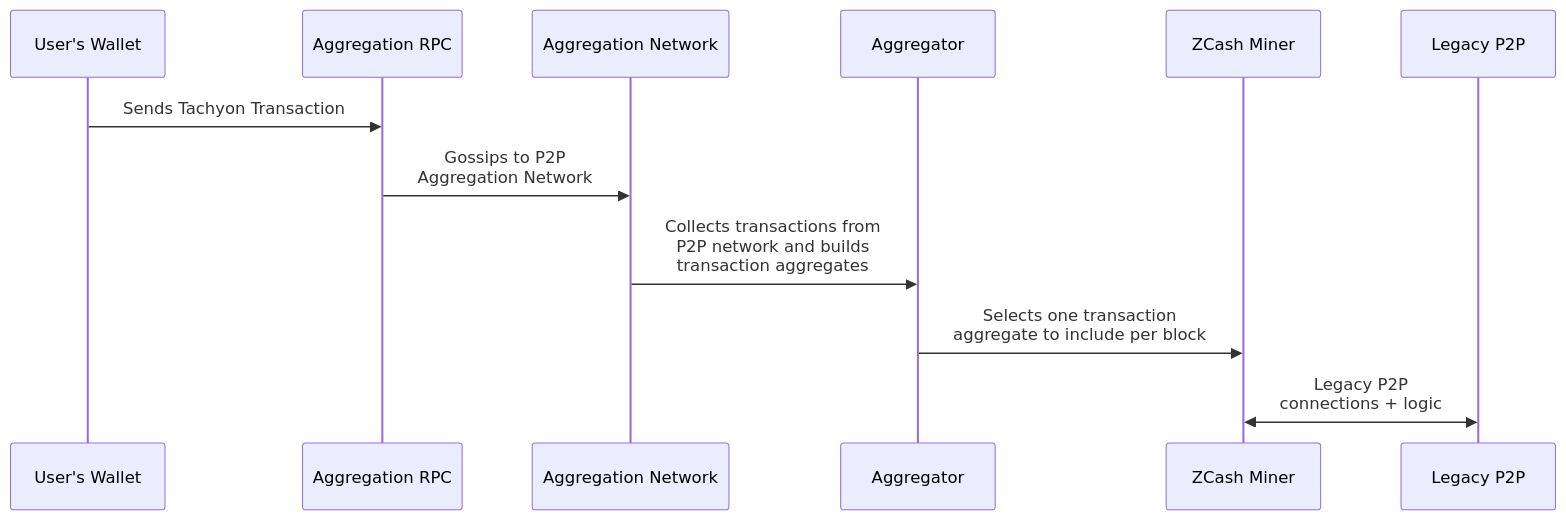
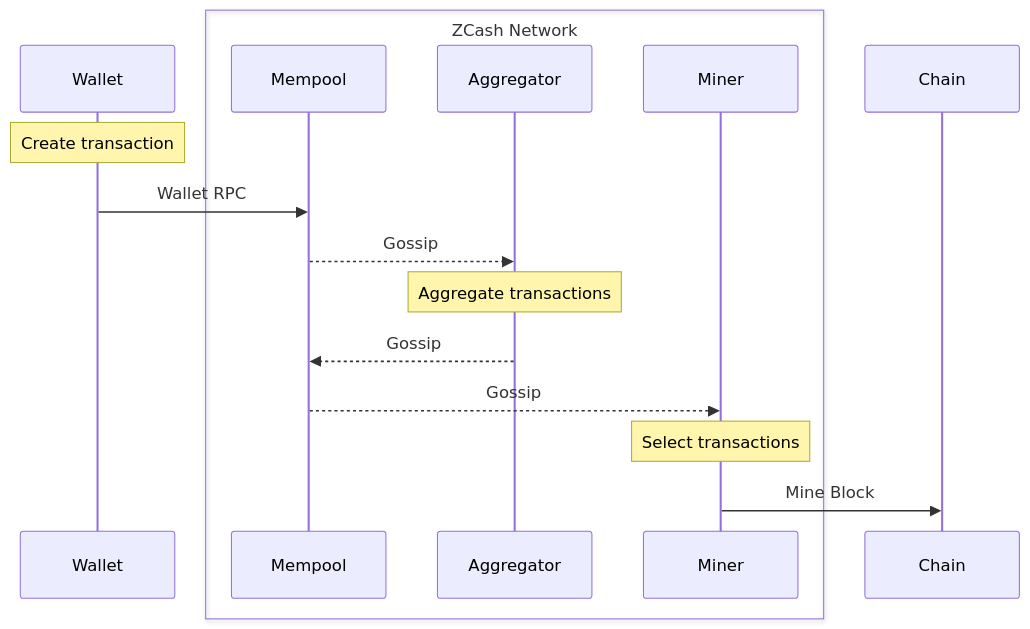
One commit to tachyon-zcash/tachyon changed the second of 2 diagrams in book/src/network_roles/overview.md. Above: the diagram before and after it, drawn with Mermaid. The commit also changed other lines of this file, not shown here.

Commit message:
iterate graph design (#15)

````diff
--- a/book/src/network_roles/overview.md
+++ b/book/src/network_roles/overview.md
@@ -19,15 +23,19 @@
 ```mermaid
 sequenceDiagram
-    participant Wallet as User's Wallet
-    participant RPC as Aggregation RPC
-    participant Network as Aggregation Network
-    participant Aggregator
-    participant Miner as ZCash Miner
-    participant Legacy as Legacy P2P
+    participant Wallet
+    box ZCash Network
+        participant Mempool
+        participant Aggregator
+        participant Miner
+    end
+    participant Chain
 
-    Wallet->>RPC: Sends Tachyon Transaction
-    RPC->>Network: Gossips to P2P<br/>Aggregation Network
-    Network->>Aggregator: Collects transactions from<br/>P2P network and builds<br/>transaction aggregates
-    Aggregator->>Miner: Selects one transaction<br/>aggregate to include per block
-    Miner<<->>Legacy: Legacy P2P<br/>connections + logic
+    note over Wallet: Create transaction
+    Wallet ->> Mempool: Wallet RPC
+    Mempool -->> Aggregator: Gossip
+    note over Aggregator: Aggregate transactions
+    Aggregator -->> Mempool: Gossip
+    Mempool -->> Miner: Gossip
+    note over Miner: Select transactions
+    Miner->>Chain: Mine Block
 ```
````
